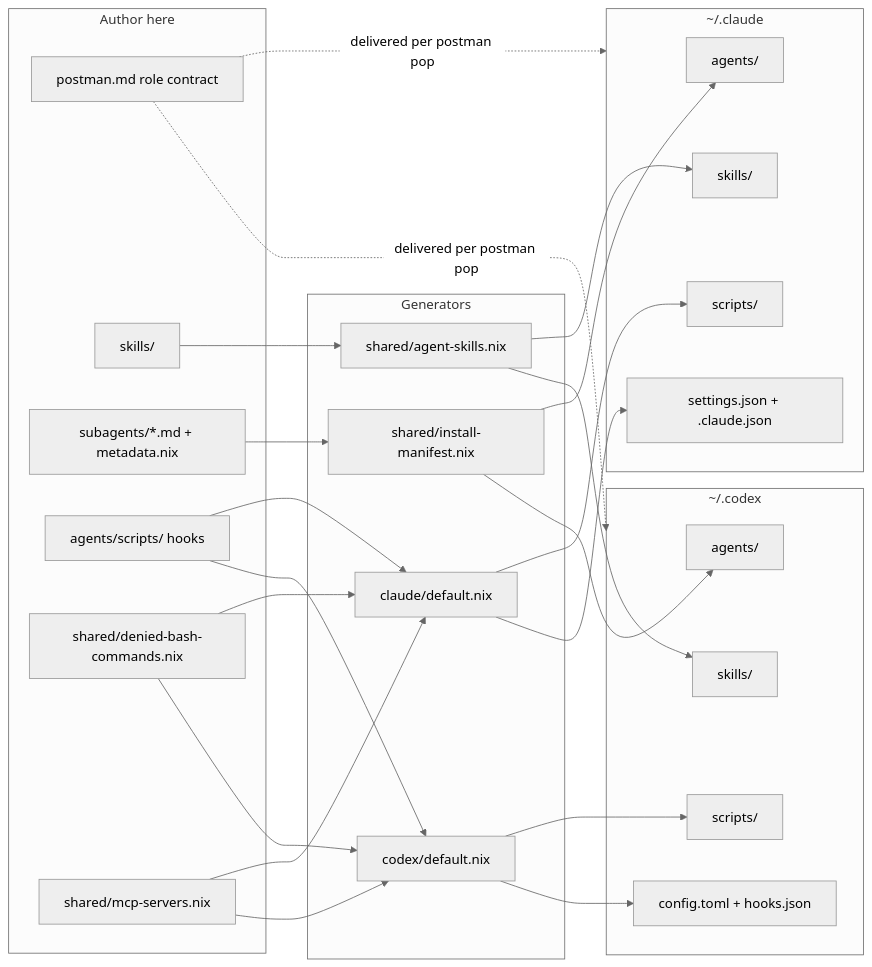
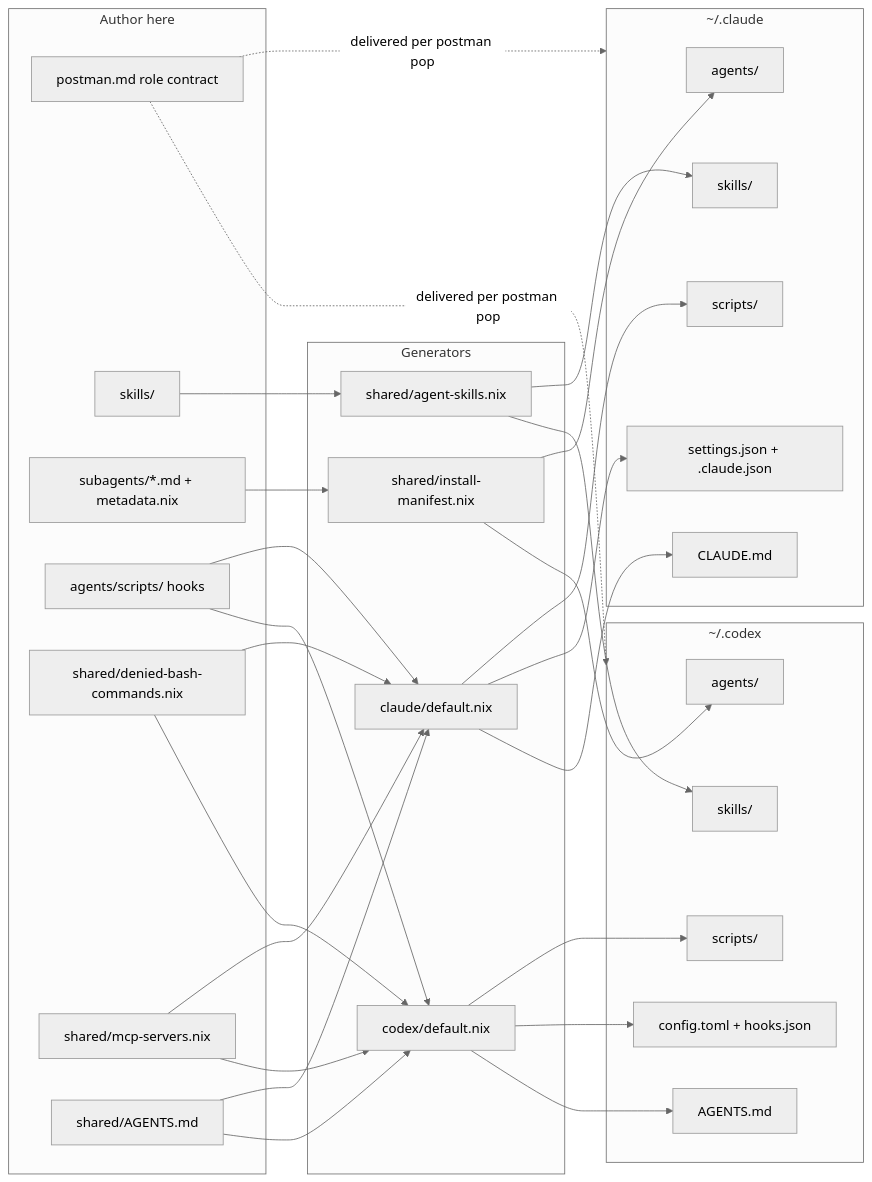
The diagram in nix/home-manager/agents/README.md (i9wa4/dotfiles), drawn with Mermaid (neutral theme) before and after one commit. The commit also changed other lines of this file and 8 other files, not shown here.

Commit message:
feat(agents): restore AGENTS.md/CLAUDE.md as a local-invocation fallback (#280)

````diff
--- a/nix/home-manager/agents/README.md
+++ b/nix/home-manager/agents/README.md
@@ -35,41 +36,46 @@
 ```mermaid
 graph LR
     subgraph sources [Author here]
         P[postman.md role contract]
         S[skills/]
         A[subagents/*.md + metadata.nix]
         H[agents/scripts/ hooks]
         D[shared/denied-bash-commands.nix]
         M[shared/mcp-servers.nix]
+        L[shared/AGENTS.md]
     end
     subgraph emitters [Generators]
         IM[shared/install-manifest.nix]
         AS[shared/agent-skills.nix]
         C[claude/default.nix]
         X[codex/default.nix]
     end
     subgraph claude [~/.claude]
         CA[agents/]
         CS[skills/]
         CJ[settings.json + .claude.json]
         CH[scripts/]
+        CF[CLAUDE.md]
     end
     subgraph codex [~/.codex]
         XA[agents/]
         XS[skills/]
         XT[config.toml + hooks.json]
         XH[scripts/]
+        XF[AGENTS.md]
     end
     A --> IM --> CA
     IM --> XA
     S --> AS --> CS
     AS --> XS
     H --> C --> CH
     H --> X --> XH
     D --> C --> CJ
     D --> X --> XT
     M --> C
     M --> X
+    L --> C --> CF
+    L --> X --> XF
     P -. delivered per postman pop .-> claude
     P -. delivered per postman pop .-> codex
 ```
````
